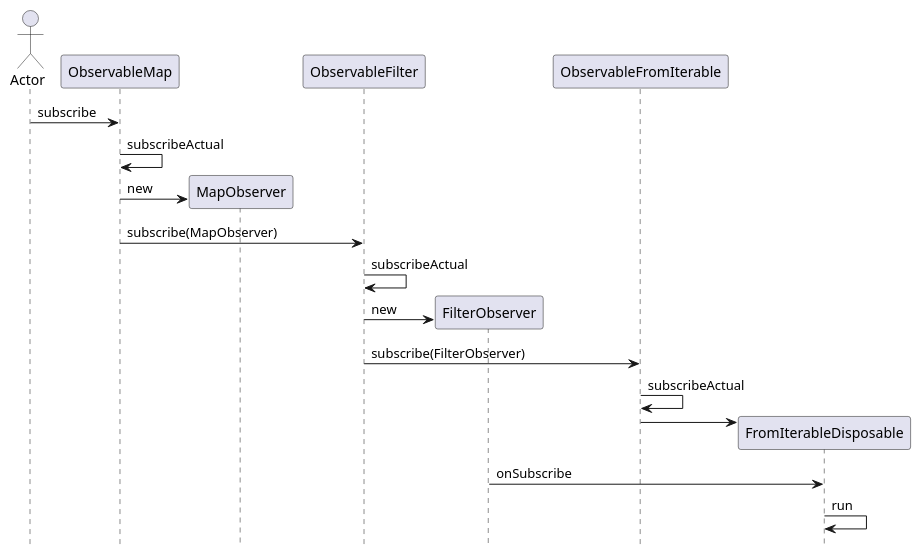
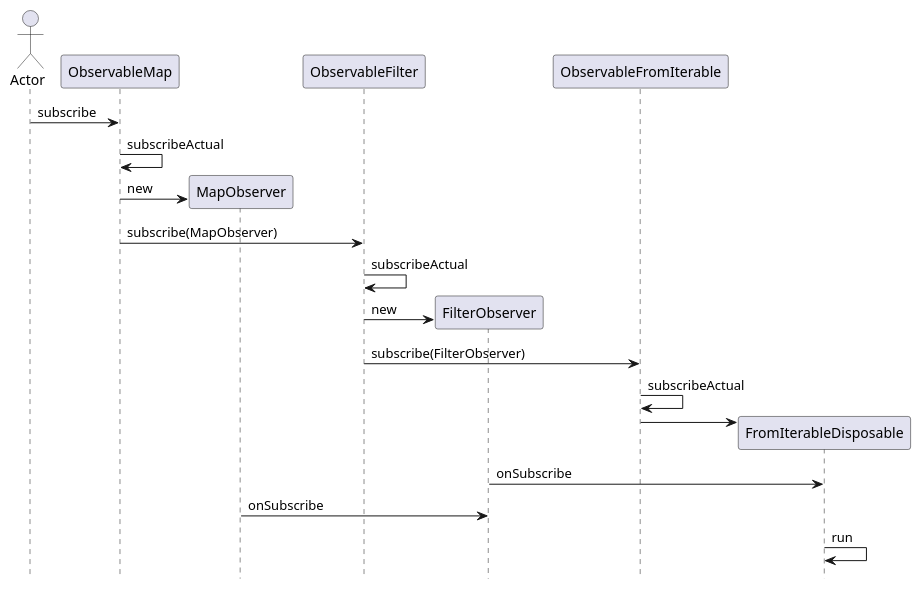
Before and after one commit to suribada/RxJavaBook: the diagram in doc/chap5/Operator_chain_sequence1.puml, drawn with PlantUML. The commit also changed 1 other file, not shown here.

Commit message:
chain sequence diagram

```diff
--- a/doc/chap5/Operator_chain_sequence1.puml
+++ b/doc/chap5/Operator_chain_sequence1.puml
@@ -1,18 +1,19 @@
 @startuml
 hide footbox
 actor Actor
 Actor -> ObservableMap : subscribe
 ObservableMap -> ObservableMap:subscribeActual
 create MapObserver
 ObservableMap -> MapObserver : new
 ObservableMap -> ObservableFilter : subscribe(MapObserver)
 ObservableFilter -> ObservableFilter:subscribeActual
 create FilterObserver
 ObservableFilter -> FilterObserver : new
 ObservableFilter -> ObservableFromIterable:subscribe(FilterObserver)
 ObservableFromIterable -> ObservableFromIterable:subscribeActual
 create FromIterableDisposable
 ObservableFromIterable -> FromIterableDisposable
 FilterObserver -> FromIterableDisposable:onSubscribe
+MapObserver -> FilterObserver:onSubscribe
 FromIterableDisposable -> FromIterableDisposable : run
 @enduml
```
